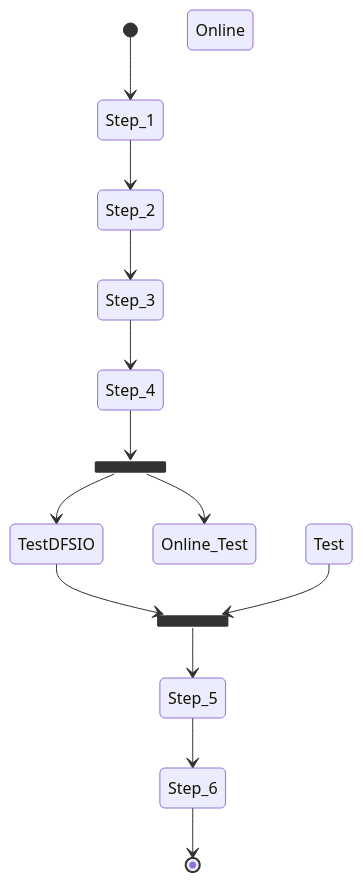
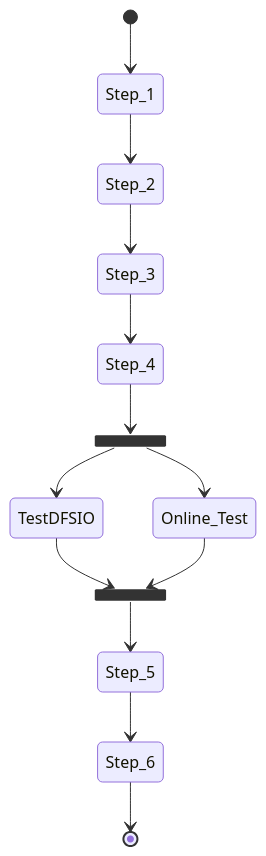
One commit to MaistoV/BSpenaHPQC changed the diagram in doc/Script.md. Above: the diagram before and after it, drawn with Mermaid.

````diff
--- a/doc/Script.md
+++ b/doc/Script.md
@@ -13,18 +13,18 @@
 ```mermaid
 stateDiagram-v2
     state fork_state <<fork>>
         [*] --> Step_1
         Step_1 --> Step_2
         Step_2 --> Step_3
         Step_3 --> Step_4
         Step_4 --> fork_state
         fork_state --> TestDFSIO
         fork_state --> Online_Test
 
         state join_state <<join>>
         TestDFSIO --> join_state
-        Online Test --> join_state
+        Online_Test --> join_state
         join_state --> Step_5
         Step_5 --> Step_6
         Step_6 --> [*]
 ```
````
